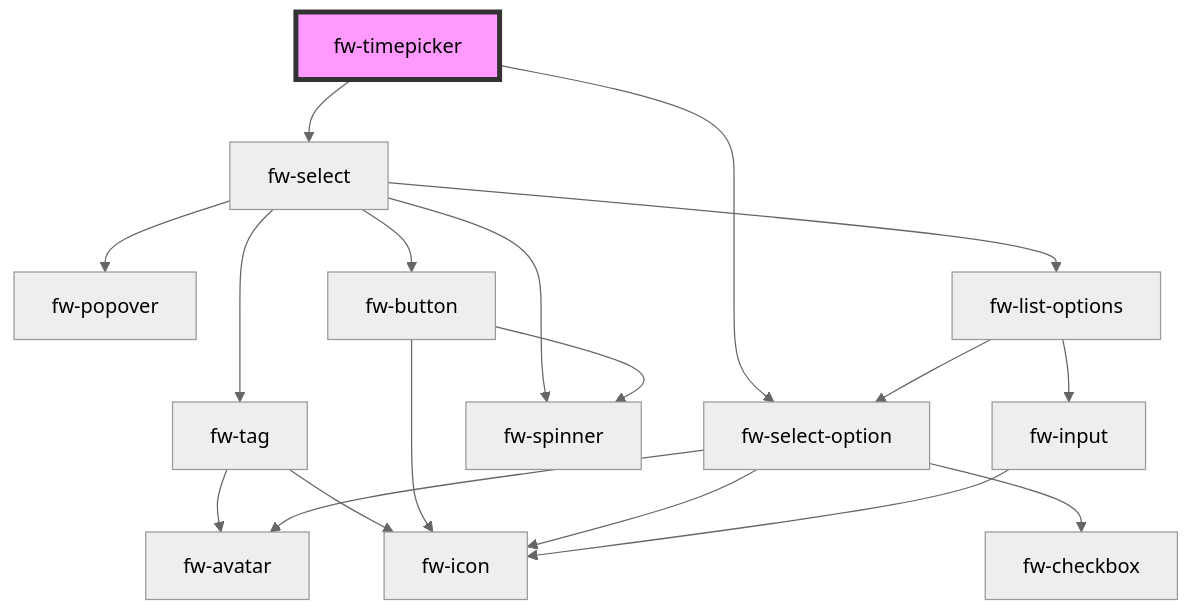
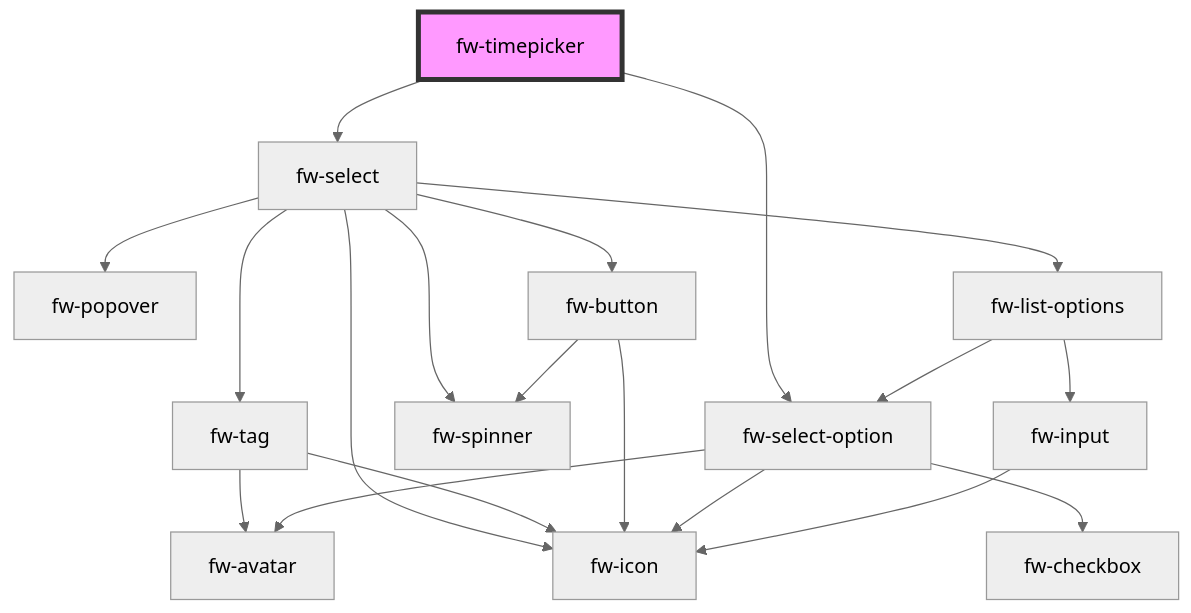
One commit to freshworks/crayons changed the diagram in packages/crayons-core/src/components/timepicker/readme.md. Above: the diagram before and after it, drawn with Mermaid (neutral theme). The commit also changed 14 other files, not shown here.

````diff
--- a/packages/crayons-core/src/components/timepicker/readme.md
+++ b/packages/crayons-core/src/components/timepicker/readme.md
@@ -68,21 +68,22 @@
 ```mermaid
 graph TD;
   fw-timepicker --> fw-select
   fw-timepicker --> fw-select-option
   fw-select --> fw-tag
   fw-select --> fw-popover
   fw-select --> fw-button
   fw-select --> fw-spinner
+  fw-select --> fw-icon
   fw-select --> fw-list-options
   fw-tag --> fw-avatar
   fw-tag --> fw-icon
   fw-button --> fw-spinner
   fw-button --> fw-icon
   fw-list-options --> fw-select-option
   fw-list-options --> fw-input
   fw-select-option --> fw-icon
   fw-select-option --> fw-checkbox
   fw-select-option --> fw-avatar
   fw-input --> fw-icon
   style fw-timepicker fill:#f9f,stroke:#333,stroke-width:4px
 ```
````
